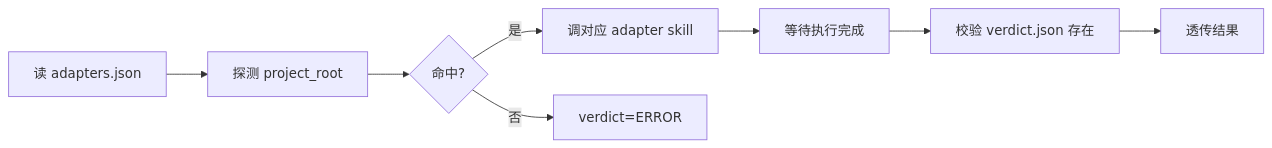
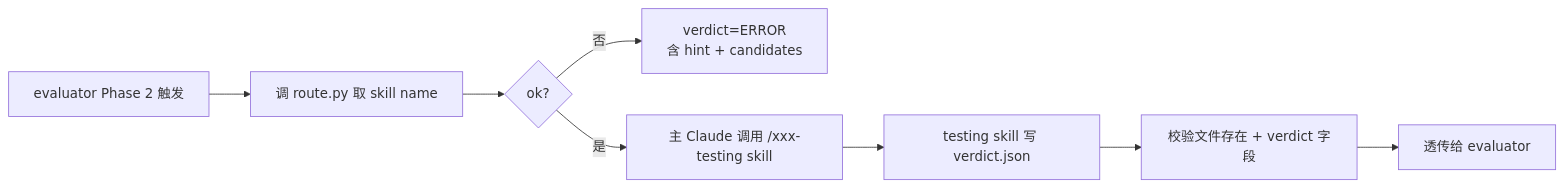
The diagram in .claude/skills/integration-test/SKILL.md (dd-xiaozhi/dev-agent-flow), drawn with Mermaid before and after one commit. The commit also changed other lines of this file and 33 other files, not shown here.

````diff
--- a/.claude/skills/integration-test/SKILL.md
+++ b/.claude/skills/integration-test/SKILL.md
@@ -77,10 +54,10 @@
 ```mermaid
 flowchart LR
-  A[读 adapters.json] --> B[探测 project_root]
-  B --> C{命中?}
-  C -->|是| D[调对应 adapter skill]
-  C -->|否| E[verdict=ERROR]
-  D --> F[等待执行完成]
-  F --> G[校验 verdict.json 存在]
-  G --> H[透传结果]
+  A[evaluator Phase 2 触发] --> B[调 route.py 取 skill name]
+  B --> C{ok?}
+  C -->|否| D[verdict=ERROR<br/>含 hint + candidates]
+  C -->|是| E[主 Claude 调用 /xxx-testing skill]
+  E --> F[testing skill 写 verdict.json]
+  F --> G[校验文件存在 + verdict 字段]
+  G --> H[透传给 evaluator]
 ```
````
